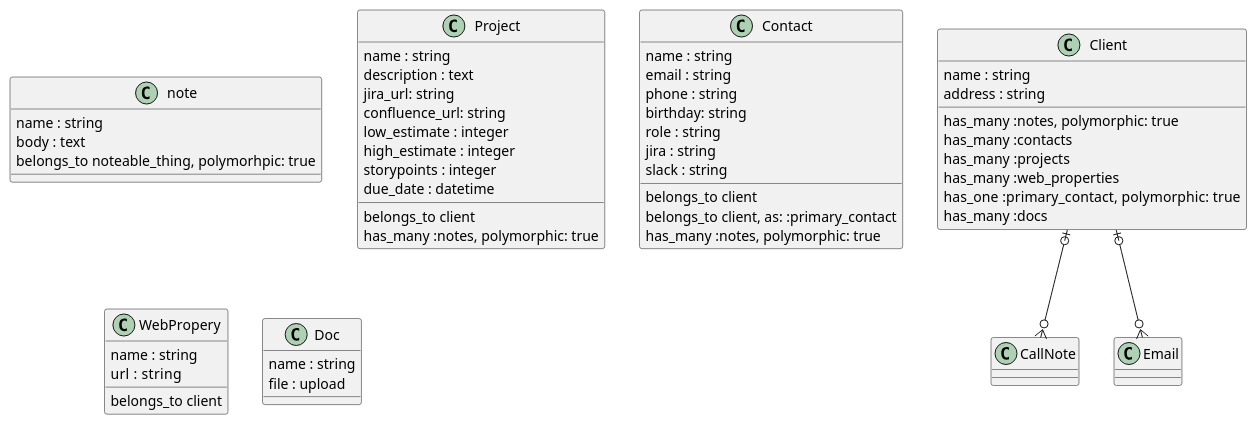
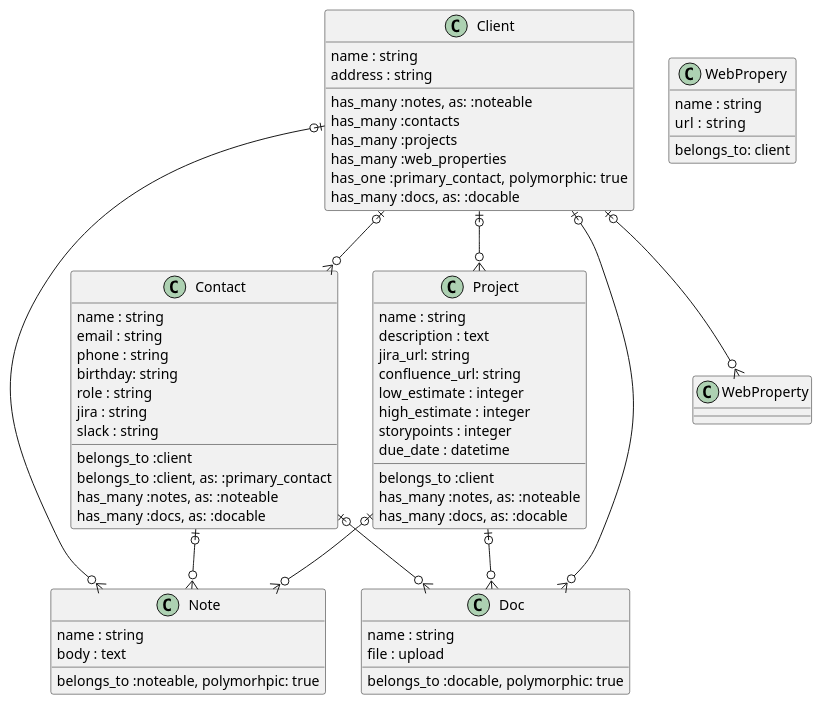
One commit to SwiftkickWeb/armadillo changed the diagram in ia.puml. Above: the diagram before and after it, drawn with PlantUML.

Commit message:
add relationships to IA uml

```diff
--- a/ia.puml
+++ b/ia.puml
@@ -1,59 +1,69 @@
 @startuml
 
 class Client {
     name : string
     address : string
-    {method} has_many :notes, polymorphic: true 
+    {method} has_many :notes, as: :noteable
     {method} has_many :contacts
     {method} has_many :projects
     {method} has_many :web_properties
     {method} has_one  :primary_contact, polymorphic: true
-    {method} has_many :docs
+    {method} has_many :docs, as: :docable
 }
-class note { 
+class Note { 
     name : string
     body : text
-    belongs_to noteable_thing, polymorhpic: true
+    {method} belongs_to :noteable, polymorhpic: true
 }
 
 class Project { 
     name : string
     description : text
     jira_url: string
     confluence_url: string
     low_estimate : integer
     high_estimate : integer
     storypoints : integer
     due_date : datetime
-    {method}  belongs_to client
-    {method} has_many :notes, polymorphic: true 
+    {method}  belongs_to :client
+    {method} has_many :notes, as: :noteable
+    {method} has_many :docs, as: :docable
 }
 
 class Contact { 
     name : string
     email : string
     phone : string
     birthday: string
     role : string
     jira : string
     slack : string
-    {method} belongs_to client
-    {method} belongs_to client, as: :primary_contact
-    {method} has_many :notes, polymorphic: true 
+    {method} belongs_to :client
+    {method} belongs_to :client, as: :primary_contact
+    {method} has_many :notes, as: :noteable
+    {method} has_many :docs, as: :docable
 }
 
 class WebPropery {
     name : string
     url  : string
-    {method} belongs_to client
+    {method} belongs_to: client
 }
 
 class Doc {
     name : string
     file : upload
+    {method} belongs_to :docable, polymorphic: true
 }
 
-Client |o--o{ CallNote
-Client |o--o{ Email
+Client |o--o{ Note
+Client |o--o{ Project
+Client |o--o{ Contact
+Client |o--o{ WebProperty
+Client |o--o{ Doc
+Project |o--o{ Note
+Project |o--o{ Doc
+Contact |o--o{ Note
+Contact |o--o{ Doc
 
 @enduml
```
